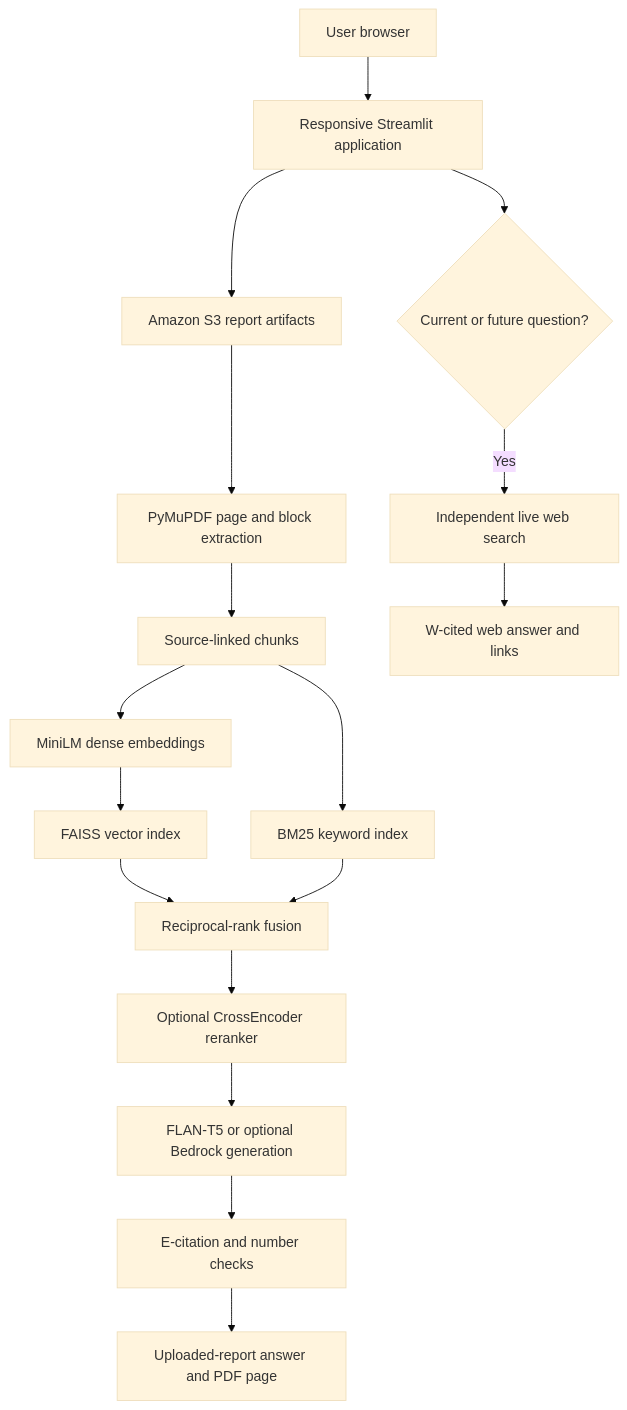
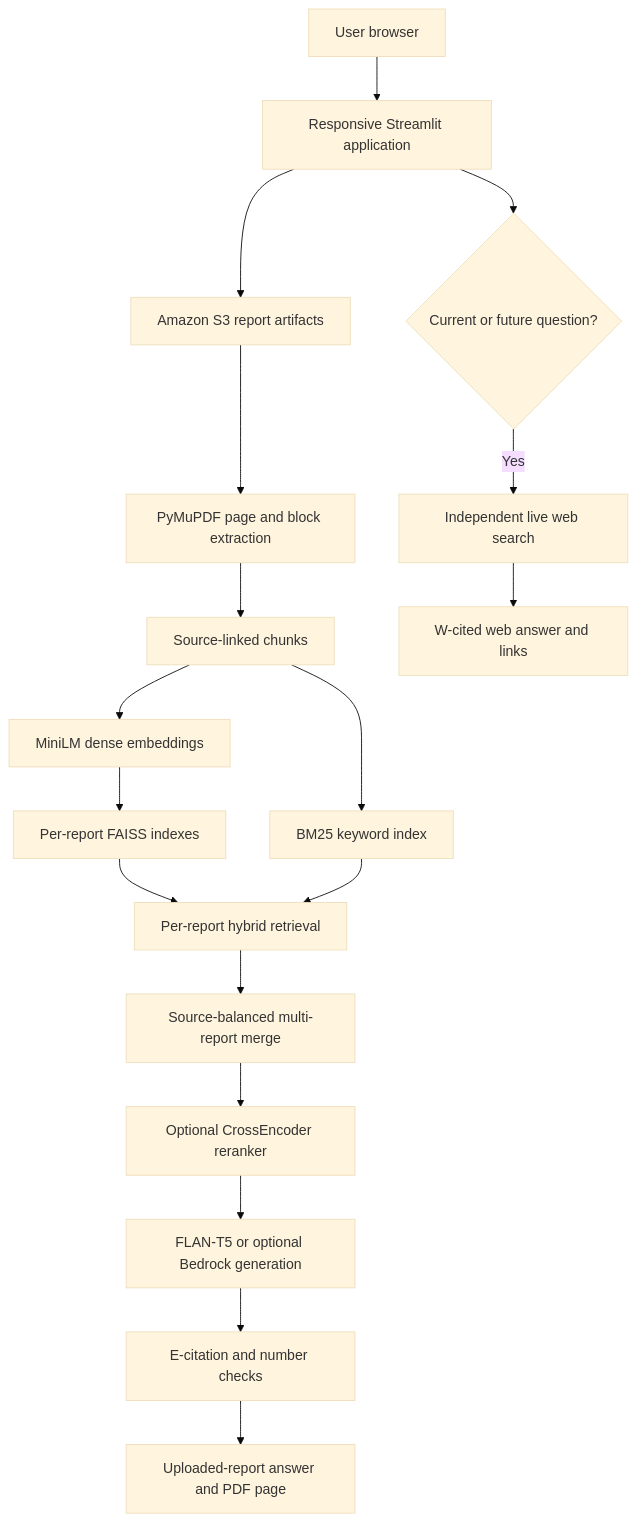
The diagram in README.md (avinaba333-bit/financial-intelligence-rag), drawn with Mermaid (base theme) before and after one commit. The commit also changed other lines of this file and 7 other files, not shown here.

Commit message:
Add multi-report grounded comparison

````diff
--- a/README.md
+++ b/README.md
@@ -132,19 +143,20 @@
 ```mermaid
 flowchart TD
     U[User browser] --> UI[Responsive Streamlit application]
     UI --> S3[Amazon S3 report artifacts]
     S3 --> P[PyMuPDF page and block extraction]
     P --> C[Source-linked chunks]
     C --> D[MiniLM dense embeddings]
     C --> K[BM25 keyword index]
-    D --> F[FAISS vector index]
-    F --> R[Reciprocal-rank fusion]
+    D --> F[Per-report FAISS indexes]
+    F --> R[Per-report hybrid retrieval]
     K --> R
-    R --> X[Optional CrossEncoder reranker]
+    R --> M[Source-balanced multi-report merge]
+    M --> X[Optional CrossEncoder reranker]
     X --> G[FLAN-T5 or optional Bedrock generation]
     G --> V[E-citation and number checks]
     V --> O[Uploaded-report answer and PDF page]
     UI --> Q{Current or future question?}
     Q -->|Yes| W[Independent live web search]
     W --> WS[W-cited web answer and links]
 ```
````
